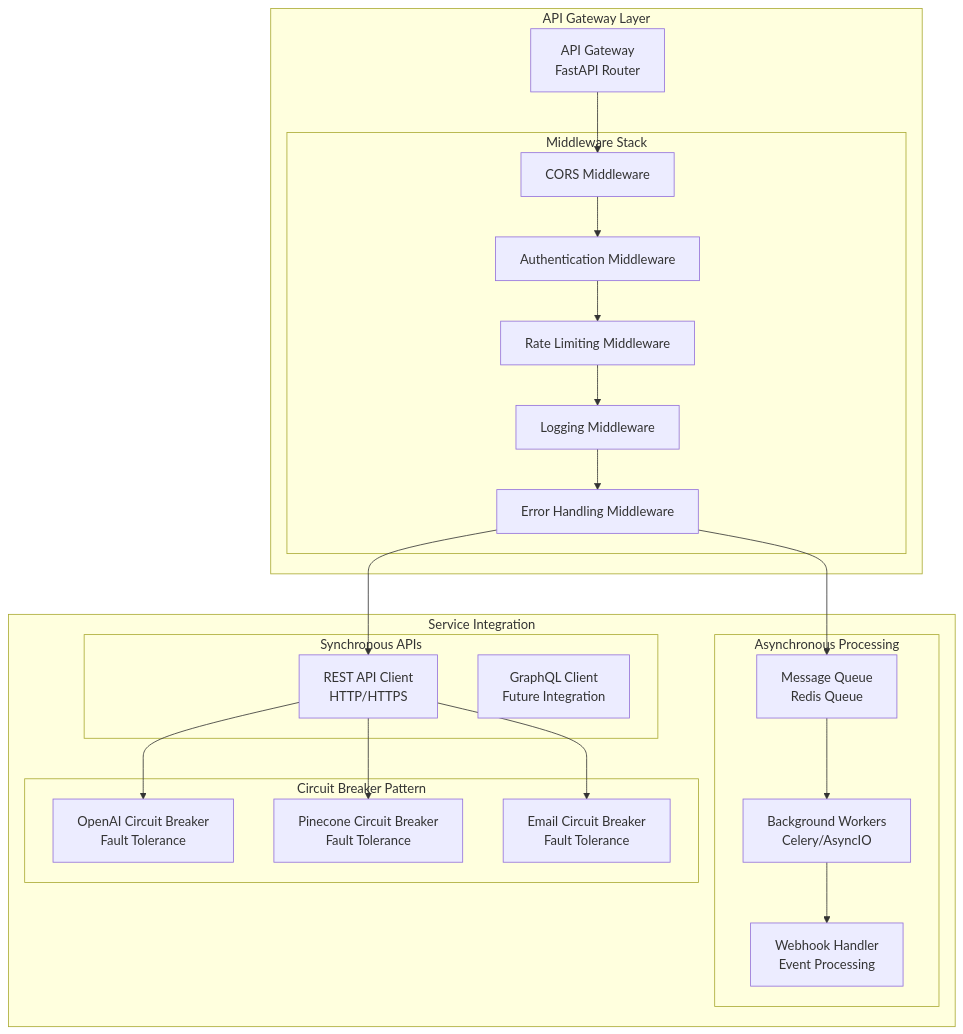
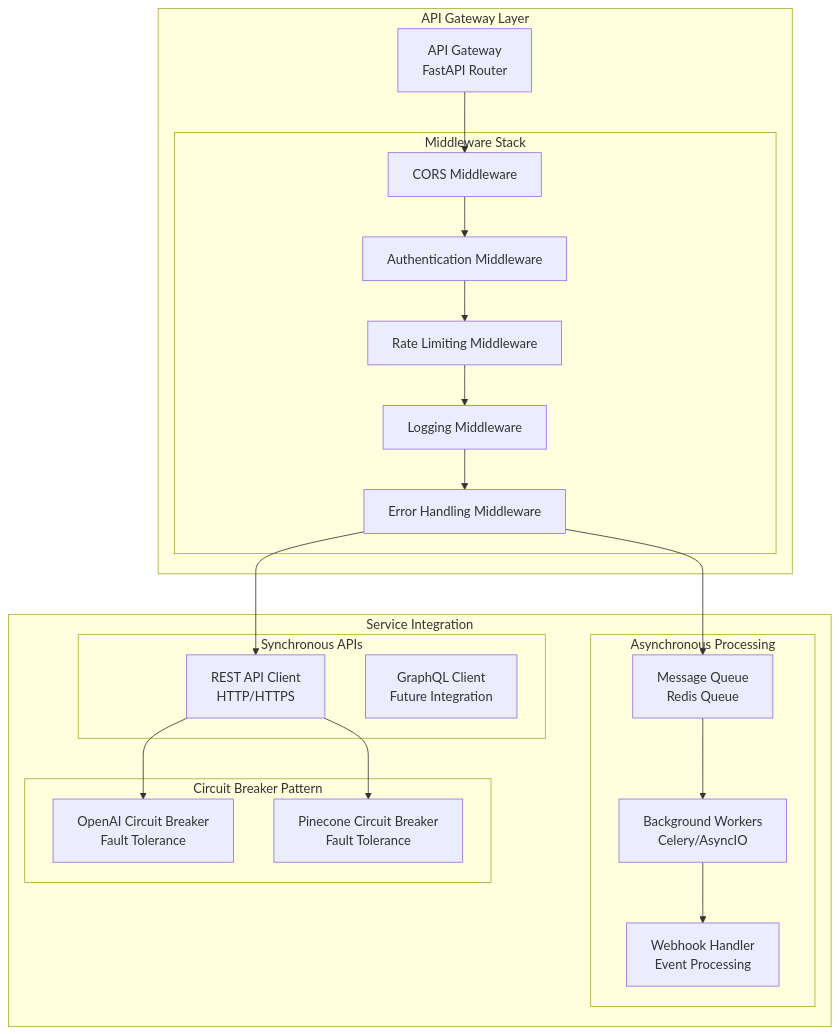
One commit to LePhuongPhuong/F1-Hackathon-CopilotTeam changed diagram 12 of 15 in vietnamese_legal_chatbot/docs/system-architecture.md. Above: the diagram before and after it, drawn with Mermaid. The commit also changed other lines of this file and 15 other files, not shown here.

````diff
--- a/vietnamese_legal_chatbot/docs/system-architecture.md
+++ b/vietnamese_legal_chatbot/docs/system-architecture.md
@@ -761,49 +523,47 @@
 ```mermaid
 graph TB
     subgraph "API Gateway Layer"
         GATEWAY[API Gateway<br/>FastAPI Router]
         
         subgraph "Middleware Stack"
             CORS_MW[CORS Middleware]
             AUTH_MW[Authentication Middleware]
             RATE_MW[Rate Limiting Middleware]
             LOG_MW[Logging Middleware]
             ERROR_MW[Error Handling Middleware]
         end
     end
     
     subgraph "Service Integration"
         subgraph "Synchronous APIs"
             REST_CLIENT[REST API Client<br/>HTTP/HTTPS]
             GRAPHQL_CLIENT[GraphQL Client<br/>Future Integration]
         end
         
         subgraph "Asynchronous Processing"
             QUEUE[Message Queue<br/>Redis Queue]
             WORKER[Background Workers<br/>Celery/AsyncIO]
             WEBHOOK[Webhook Handler<br/>Event Processing]
         end
         
         subgraph "Circuit Breaker Pattern"
             CB_OPENAI[OpenAI Circuit Breaker<br/>Fault Tolerance]
             CB_PINECONE[Pinecone Circuit Breaker<br/>Fault Tolerance]
-            CB_EMAIL[Email Circuit Breaker<br/>Fault Tolerance]
         end
     end
     
     GATEWAY --> CORS_MW
     CORS_MW --> AUTH_MW
     AUTH_MW --> RATE_MW
     RATE_MW --> LOG_MW
     LOG_MW --> ERROR_MW
     
     ERROR_MW --> REST_CLIENT
     ERROR_MW --> QUEUE
     
     REST_CLIENT --> CB_OPENAI
     REST_CLIENT --> CB_PINECONE
-    REST_CLIENT --> CB_EMAIL
     
     QUEUE --> WORKER
     WORKER --> WEBHOOK
 ```
````
